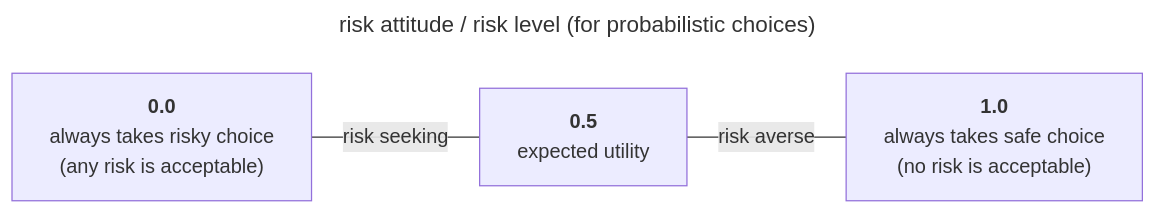
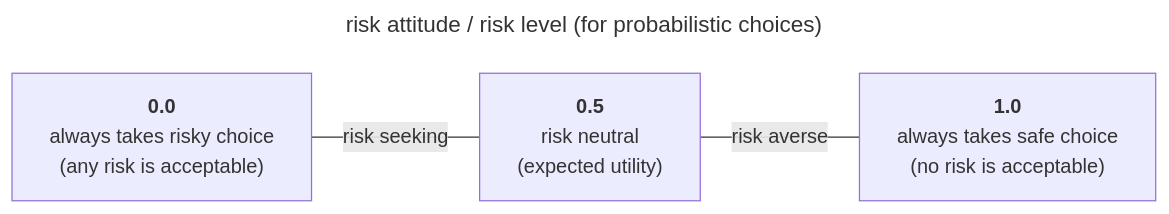
The diagram in README.md (Princeton-CDH/simulating-risk), drawn with Mermaid before and after one commit.

Commit message:
Revise label for 0.5/risk neutral in diagram

````diff
--- a/README.md
+++ b/README.md
@@ -11,15 +11,16 @@
 ```mermaid
 ---
 title: risk attitude / risk level (for probabilistic choices)
 ---
 flowchart LR
     r0["<b>0.0</b>
 always takes risky choice
 (any risk is acceptable)"]
     reu["<b>0.5</b>
-expected utility"]
+risk neutral
+(expected utility)"]
     r1["<b>1.0</b>
 always takes safe choice
 (no risk is acceptable)"]
     r0 ---|risk seeking|reu---|risk averse|r1
 ```
````
